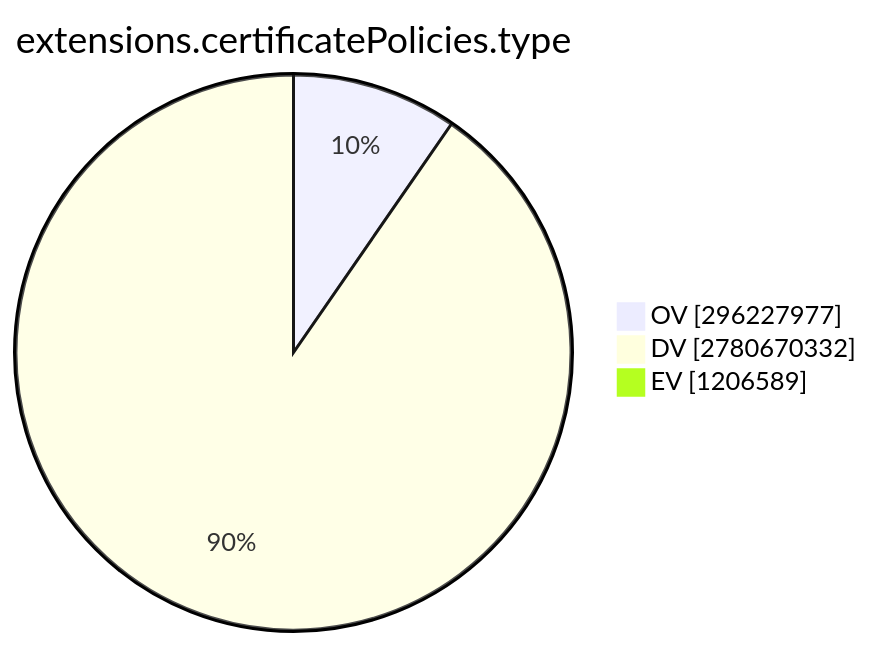
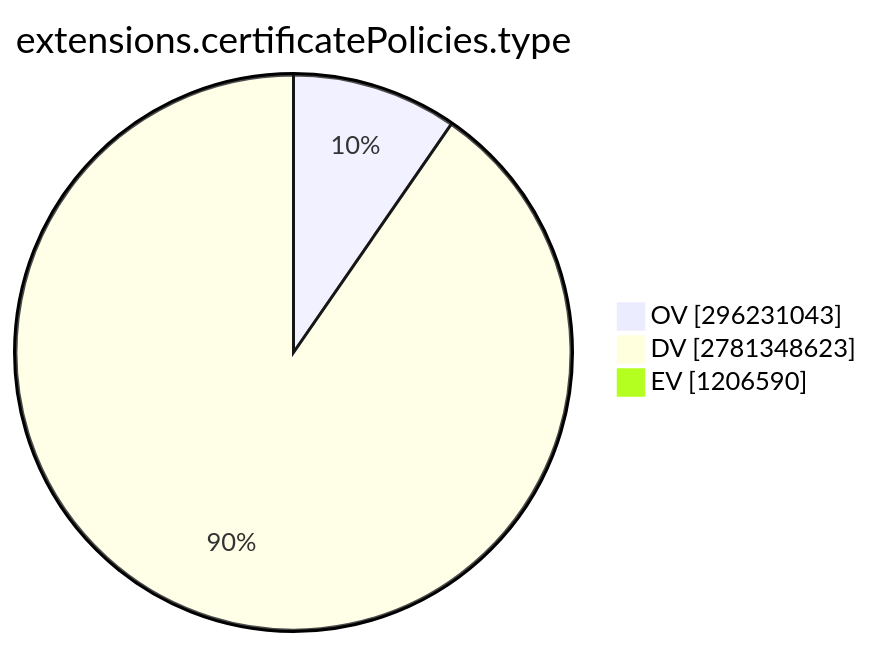
The ninth of 15 diagrams in TOTAL/README.md (christiankrug/ctmonitor_visualization), drawn with Mermaid before and after one commit. The commit also changed other lines of this file, not shown here.

````diff
--- a/TOTAL/README.md
+++ b/TOTAL/README.md
@@ -3099,7 +3099,7 @@
 ```mermaid
 pie showData
 title extensions.certificatePolicies.type
-"OV" :296227977
-"DV" :2780670332
-"EV" :1206589
+"OV" :296231043
+"DV" :2781348623
+"EV" :1206590
 ```
````
